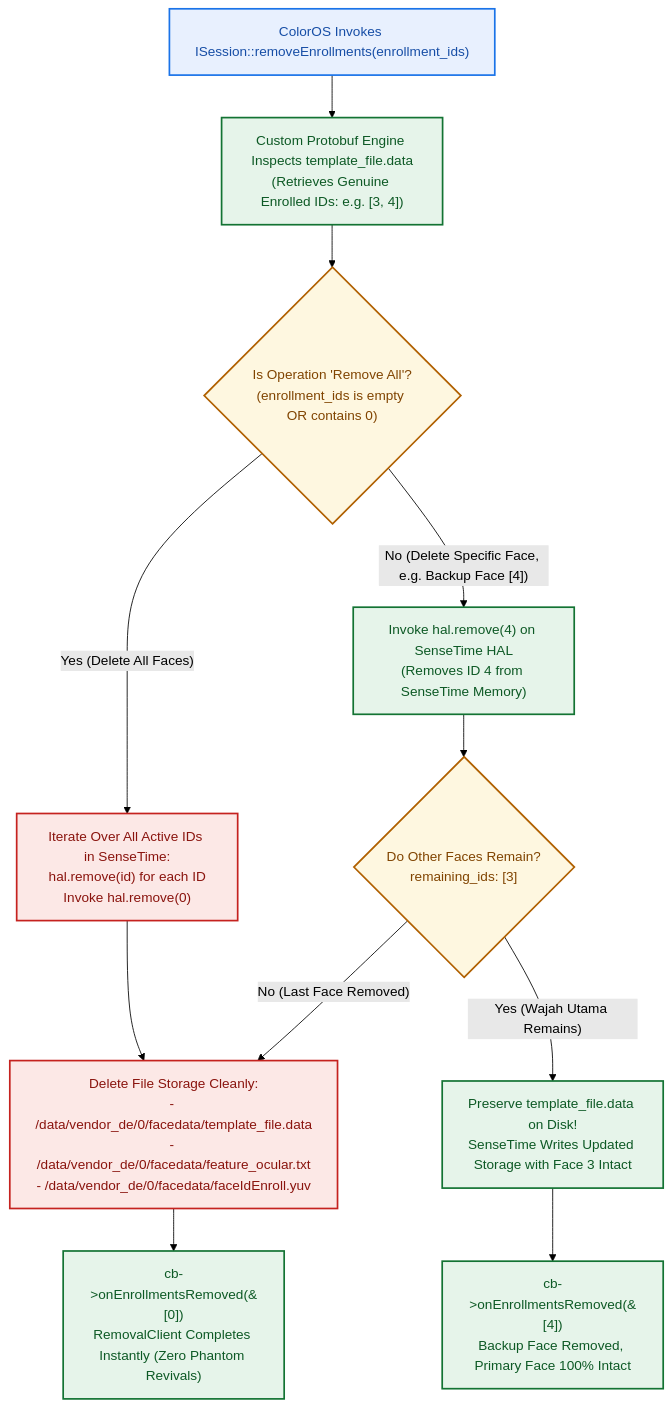
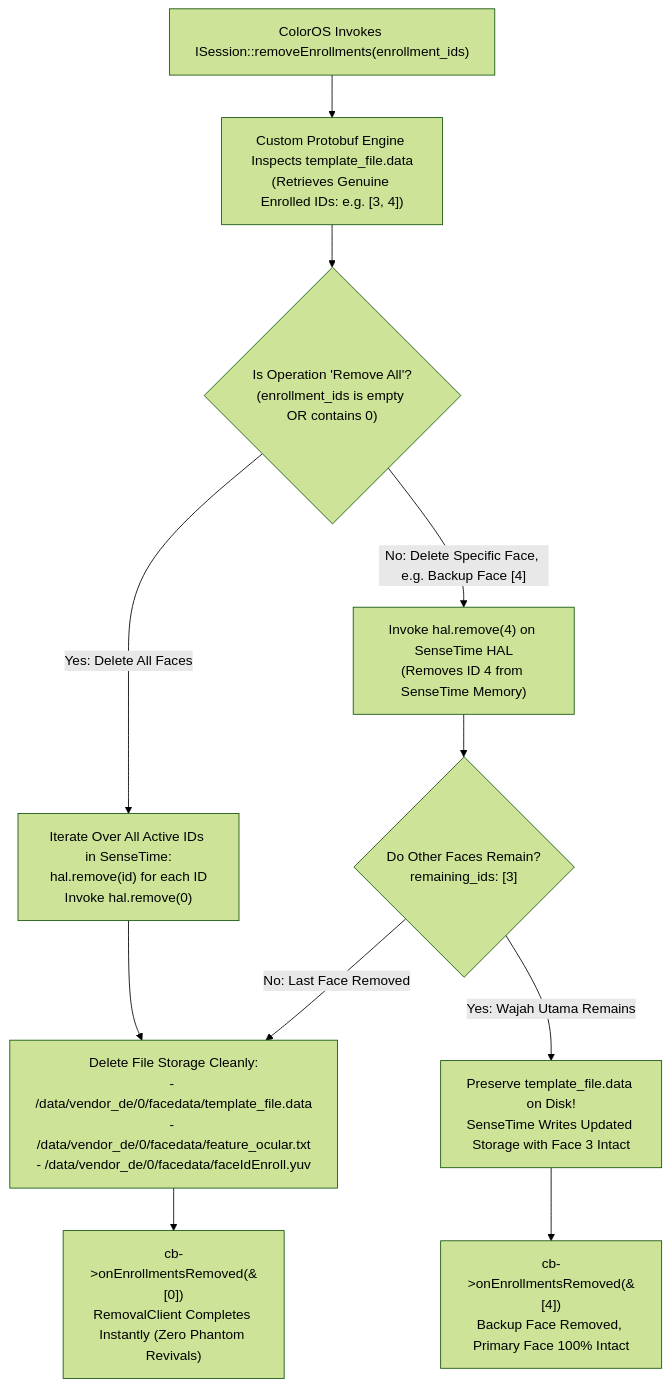
One commit to RapliVx/OPlus-Face-Bridge-Transsion changed the fifth of 5 diagrams in README.md. Above: the diagram before and after it, drawn with Mermaid (forest theme). The commit also changed other lines of this file, not shown here.

First line of the commit message:
docs: simplify mermaid diagram syntax in README

````diff
--- a/README.md
+++ b/README.md
@@ -234,23 +225,18 @@
 ```mermaid
 flowchart TD
-    classDef start fill:#e8f0fe,stroke:#1a73e8,stroke-width:2px,color:#174ea6;
-    classDef decision fill:#fef7e0,stroke:#b06000,stroke-width:2px,color:#804400;
-    classDef action fill:#e6f4ea,stroke:#137333,stroke-width:2px,color:#0d5925;
-    classDef alert fill:#fce8e6,stroke:#c5221f,stroke-width:2px,color:#8a140e;
+    REQ["ColorOS Invokes ISession::removeEnrollments(enrollment_ids)"] --> PARSE["Custom Protobuf Engine Inspects template_file.data\n(Retrieves Genuine Enrolled IDs: e.g. [3, 4])"]
 
-    REQ["ColorOS Invokes ISession::removeEnrollments(enrollment_ids)"]:::start --> PARSE["Custom Protobuf Engine Inspects template_file.data\n(Retrieves Genuine Enrolled IDs: e.g. [3, 4])"]:::action
+    PARSE --> CHECK_MODE{"Is Operation 'Remove All'?\n(enrollment_ids is empty OR contains 0)"}
 
-    PARSE --> CHECK_MODE{"Is Operation 'Remove All'?\n(enrollment_ids is empty OR contains 0)"}:::decision
+    CHECK_MODE -- "Yes: Delete All Faces" --> REMOVE_ALL["Iterate Over All Active IDs in SenseTime:\nhal.remove(id) for each ID\nInvoke hal.remove(0)"]
+    REMOVE_ALL --> CLEAN_FILES["Delete File Storage Cleanly:\n- /data/vendor_de/0/facedata/template_file.data\n- /data/vendor_de/0/facedata/feature_ocular.txt\n- /data/vendor_de/0/facedata/faceIdEnroll.yuv"]
+    CLEAN_FILES --> ACK_ALL["cb->onEnrollmentsRemoved(&[0])\nRemovalClient Completes Instantly (Zero Phantom Revivals)"]
 
-    CHECK_MODE -- "Yes (Delete All Faces)" --> REMOVE_ALL["Iterate Over All Active IDs in SenseTime:\nhal.remove(id) for each ID\nInvoke hal.remove(0)"]:::alert
-    REMOVE_ALL --> CLEAN_FILES["Delete File Storage Cleanly:\n- /data/vendor_de/0/facedata/template_file.data\n- /data/vendor_de/0/facedata/feature_ocular.txt\n- /data/vendor_de/0/facedata/faceIdEnroll.yuv"]:::alert
-    CLEAN_FILES --> ACK_ALL["cb->onEnrollmentsRemoved(&[0])\nRemovalClient Completes Instantly (Zero Phantom Revivals)"]:::action
+    CHECK_MODE -- "No: Delete Specific Face, e.g. Backup Face [4]" --> REMOVE_SINGLE["Invoke hal.remove(4) on SenseTime HAL\n(Removes ID 4 from SenseTime Memory)"]
+    REMOVE_SINGLE --> CHECK_REMAIN{"Do Other Faces Remain?\nremaining_ids: [3]"}
 
-    CHECK_MODE -- "No (Delete Specific Face, e.g. Backup Face [4])" --> REMOVE_SINGLE["Invoke hal.remove(4) on SenseTime HAL\n(Removes ID 4 from SenseTime Memory)"]:::action
-    REMOVE_SINGLE --> CHECK_REMAIN{"Do Other Faces Remain?\nremaining_ids: [3]"}:::decision
+    CHECK_REMAIN -- "Yes: Wajah Utama Remains" --> KEEP_FILES["Preserve template_file.data on Disk!\nSenseTime Writes Updated Storage with Face 3 Intact"]
+    KEEP_FILES --> ACK_SINGLE["cb->onEnrollmentsRemoved(&[4])\nBackup Face Removed, Primary Face 100% Intact"]
 
-    CHECK_REMAIN -- "Yes (Wajah Utama Remains)" --> KEEP_FILES["Preserve template_file.data on Disk!\nSenseTime Writes Updated Storage with Face 3 Intact"]:::action
-    KEEP_FILES --> ACK_SINGLE["cb->onEnrollmentsRemoved(&[4])\nBackup Face Removed, Primary Face 100% Intact"]:::action
-
-    CHECK_REMAIN -- "No (Last Face Removed)" --> CLEAN_FILES
+    CHECK_REMAIN -- "No: Last Face Removed" --> CLEAN_FILES
 ```
````
